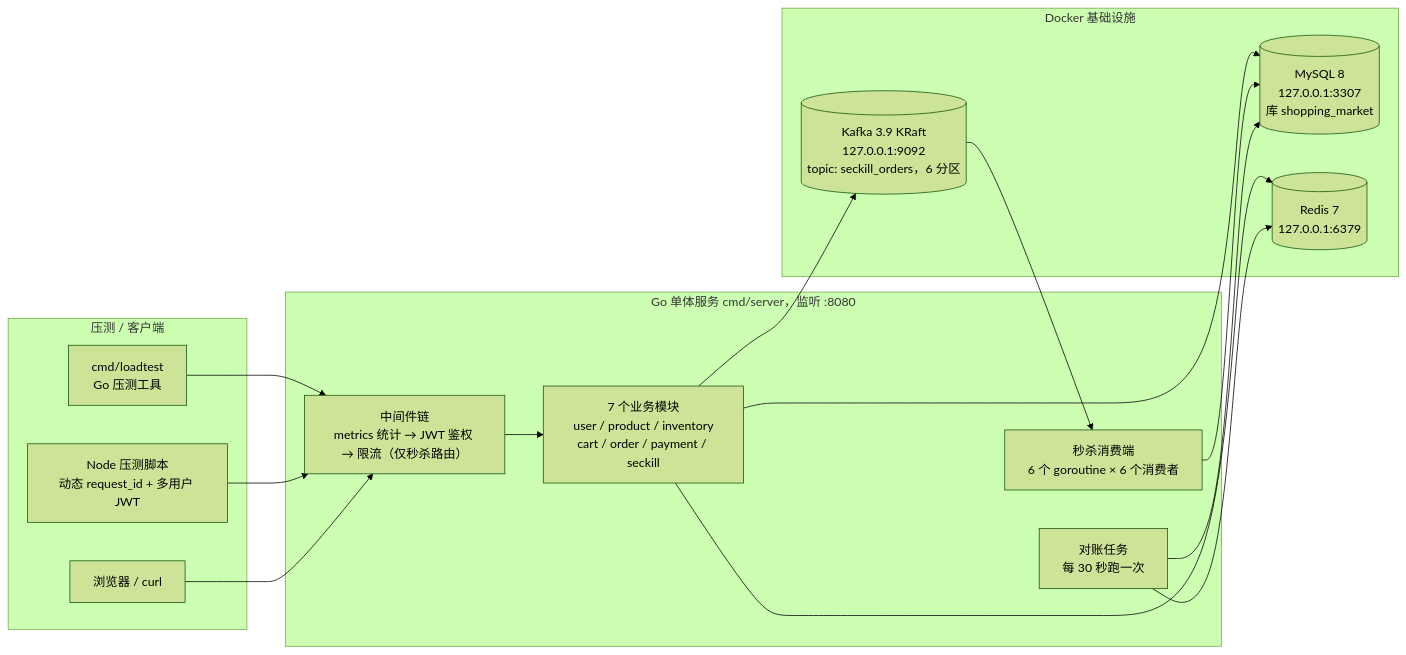
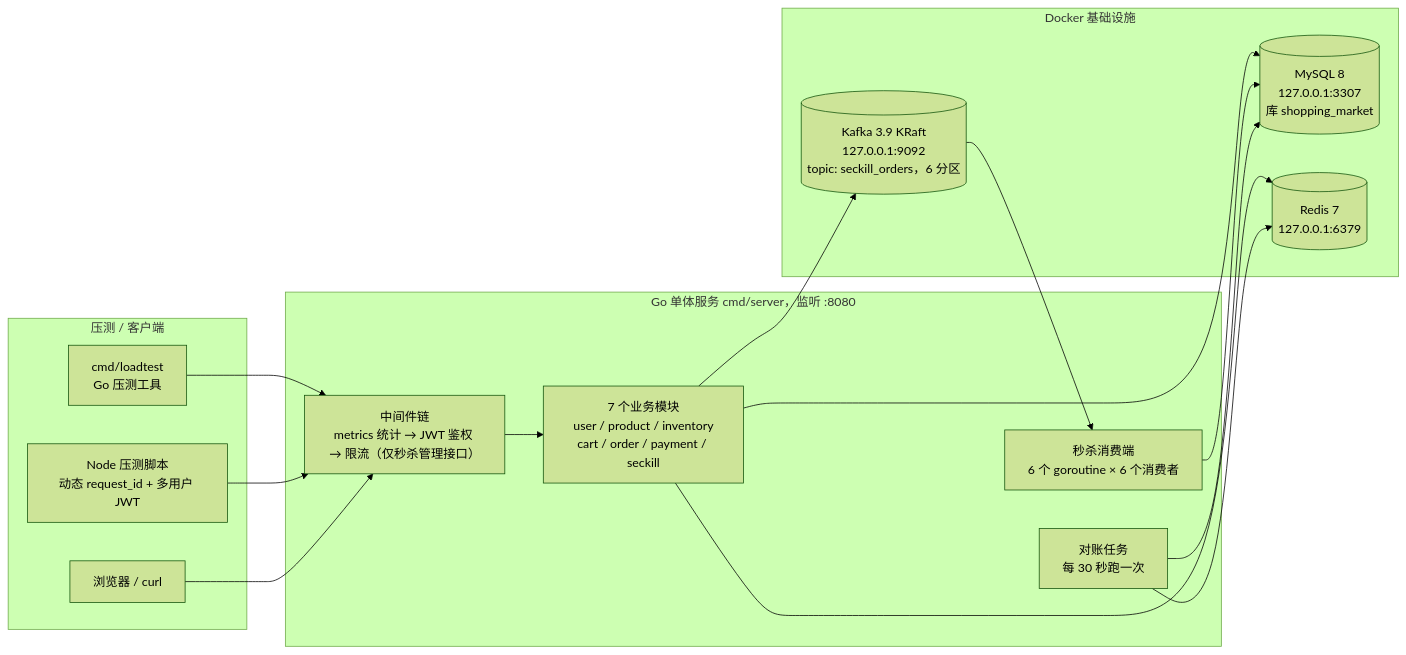
The first of 3 diagrams in docs/architecture.md (easternhighs/shopping_market), drawn with Mermaid (forest theme) before and after one commit. The commit also changed other lines of this file and 10 other files, not shown here.

````diff
--- a/docs/architecture.md
+++ b/docs/architecture.md
@@ -16,33 +16,33 @@
 ```mermaid
 flowchart LR
     subgraph Client["压测 / 客户端"]
         A1["cmd/loadtest<br/>Go 压测工具"]
         A2["Node 压测脚本<br/>动态 request_id + 多用户 JWT"]
         A3["浏览器 / curl"]
     end
 
     subgraph Server["Go 单体服务 cmd/server，监听 :8080"]
-        MW["中间件链<br/>metrics 统计 → JWT 鉴权 → 限流（仅秒杀路由）"]
+        MW["中间件链<br/>metrics 统计 → JWT 鉴权 → 限流（仅秒杀管理接口）"]
         BIZ["7 个业务模块<br/>user / product / inventory<br/>cart / order / payment / seckill"]
         CONSUMER["秒杀消费端<br/>6 个 goroutine × 6 个消费者"]
         RECON["对账任务<br/>每 30 秒跑一次"]
     end
 
     subgraph Infra["Docker 基础设施"]
         MYSQL[("MySQL 8<br/>127.0.0.1:3307<br/>库 shopping_market")]
         REDIS[("Redis 7<br/>127.0.0.1:6379")]
         KAFKA[("Kafka 3.9 KRaft<br/>127.0.0.1:9092<br/>topic: seckill_orders，6 分区")]
     end
 
     A1 --> MW
     A2 --> MW
     A3 --> MW
     MW --> BIZ
     BIZ --> MYSQL
     BIZ --> REDIS
     BIZ --> KAFKA
     KAFKA --> CONSUMER
     CONSUMER --> MYSQL
     RECON --> MYSQL
     RECON --> REDIS
 ```
````
